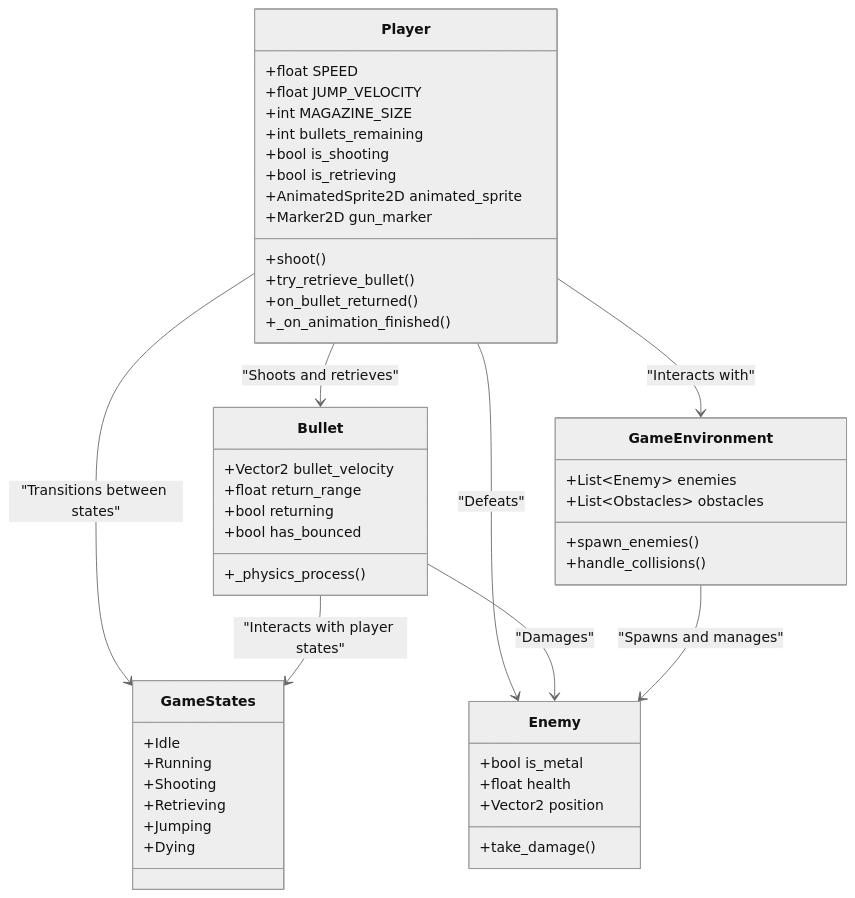
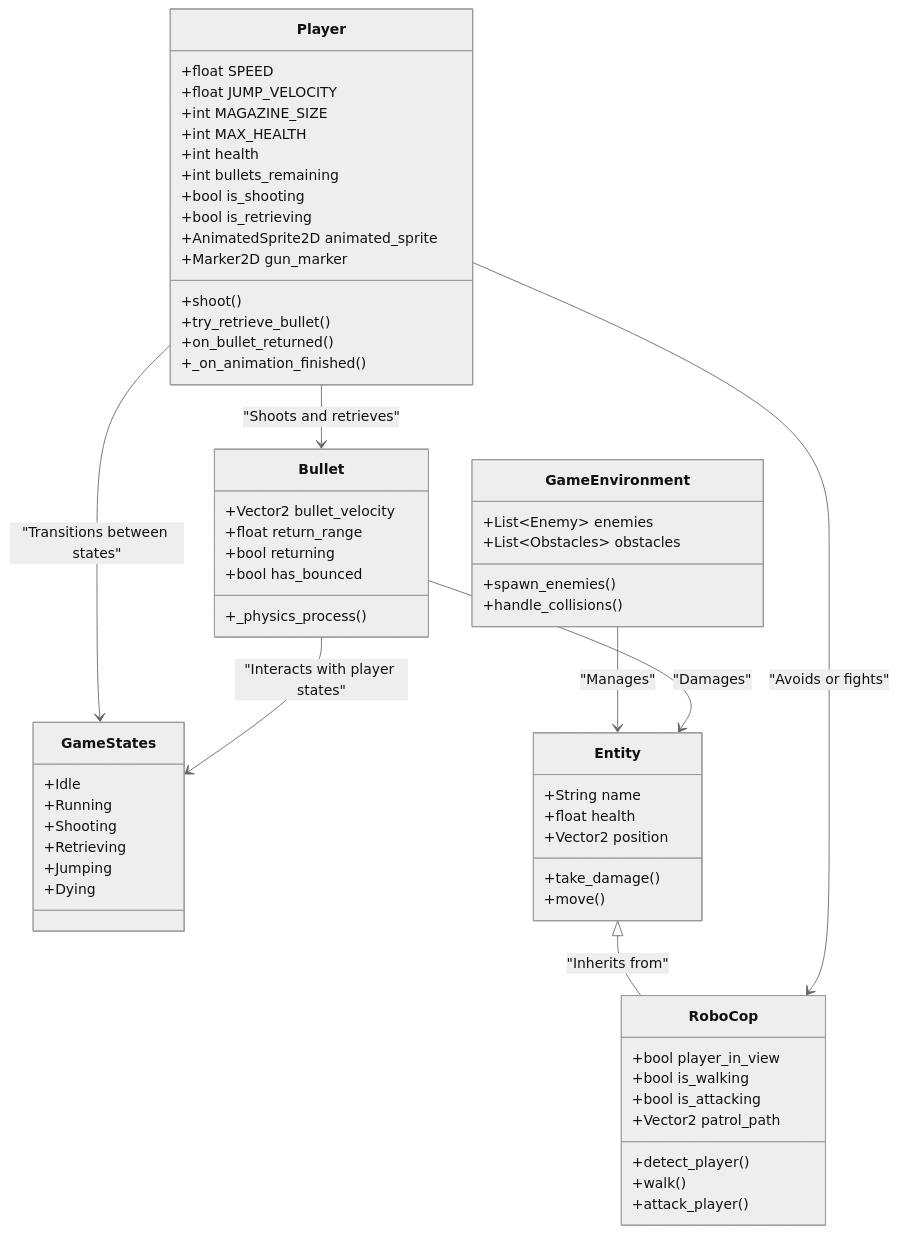
Before and after one commit to tjklint/DigitalAdrenaline: the second of 2 diagrams in README.md, drawn with Mermaid (neutral theme).

Commit message:
docs: fixed class diagram

````diff
--- a/README.md
+++ b/README.md
@@ -115,57 +115,71 @@
 ```mermaid
 classDiagram
     class Player {
         +float SPEED
         +float JUMP_VELOCITY
         +int MAGAZINE_SIZE
+        +int MAX_HEALTH
+        +int health
         +int bullets_remaining
         +bool is_shooting
         +bool is_retrieving
         +AnimatedSprite2D animated_sprite
         +Marker2D gun_marker
         +shoot()
         +try_retrieve_bullet()
         +on_bullet_returned()
         +_on_animation_finished()
     }
 
     class Bullet {
         +Vector2 bullet_velocity
         +float return_range
         +bool returning
         +bool has_bounced
         +_physics_process()
     }
 
     class GameStates {
         +Idle
         +Running
         +Shooting
         +Retrieving
         +Jumping
         +Dying
     }
 
     Player --> Bullet : "Shoots and retrieves"
     Player --> GameStates : "Transitions between states"
     Bullet --> GameStates : "Interacts with player states"
 
-    class Enemy {
-        +bool is_metal
+    class Entity {
+        +String name
         +float health
         +Vector2 position
         +take_damage()
+        +move()
+    }
+
+    class RoboCop {
+        +bool player_in_view
+        +bool is_walking
+        +bool is_attacking
+        +Vector2 patrol_path
+        +detect_player()
+        +walk()
+        +attack_player()
     }
 
     class GameEnvironment {
         +List~Enemy~ enemies
         +List~Obstacles~ obstacles
         +spawn_enemies()
         +handle_collisions()
     }
 
-    Player --> Enemy : "Defeats"
-    Player --> GameEnvironment : "Interacts with"
-    Bullet --> Enemy : "Damages"
-    GameEnvironment --> Enemy : "Spawns and manages"
+    Entity <|-- RoboCop : "Inherits from"
+    GameEnvironment --> Entity : "Manages"
+    Bullet --> Entity : "Damages"
+    Player --> RoboCop : "Avoids or fights"
+
 ```
````
